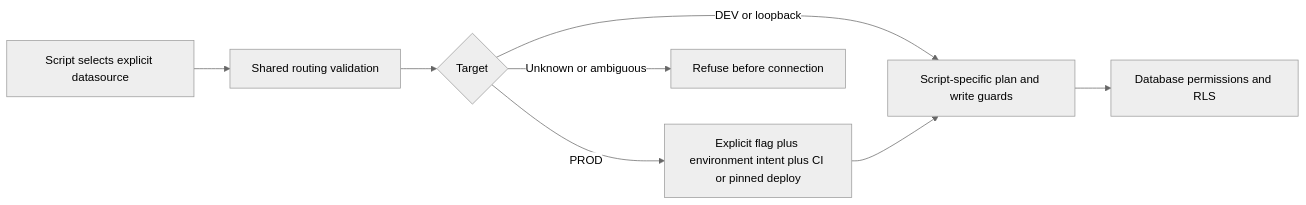
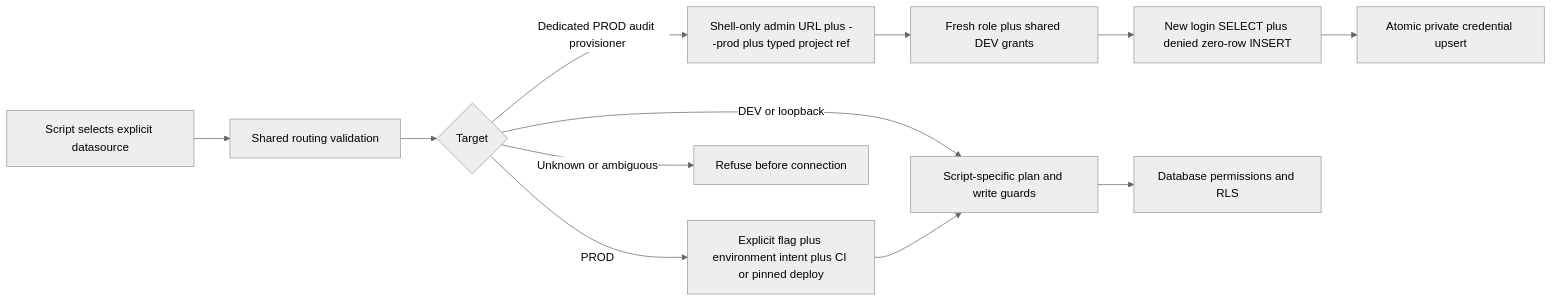
Before and after one commit to dgmolla/fitsy: the diagram in docs/engineering/devops/db-guardrails.md, drawn with Mermaid (neutral theme). The commit also changed other lines of this file and 8 other files, not shown here.

Commit message:
feat: add guarded production read-only role provisioning

````diff
--- a/docs/engineering/devops/db-guardrails.md
+++ b/docs/engineering/devops/db-guardrails.md
@@ -11,10 +11,14 @@
 ```mermaid
 flowchart LR
     A[Script selects explicit datasource] --> B[Shared routing validation]
     B --> C{Target}
     C -->|DEV or loopback| D[Script-specific plan and write guards]
     C -->|PROD| E[Explicit flag plus environment intent plus CI or pinned deploy]
+    C -->|Dedicated PROD audit provisioner| H[Shell-only admin URL plus --prod plus typed project ref]
     C -->|Unknown or ambiguous| F[Refuse before connection]
     E --> D
+    H --> I[Fresh role plus shared DEV grants]
+    I --> J[New login SELECT plus denied zero-row INSERT]
+    J --> K[Atomic private credential upsert]
     D --> G[Database permissions and RLS]
 ```
````
